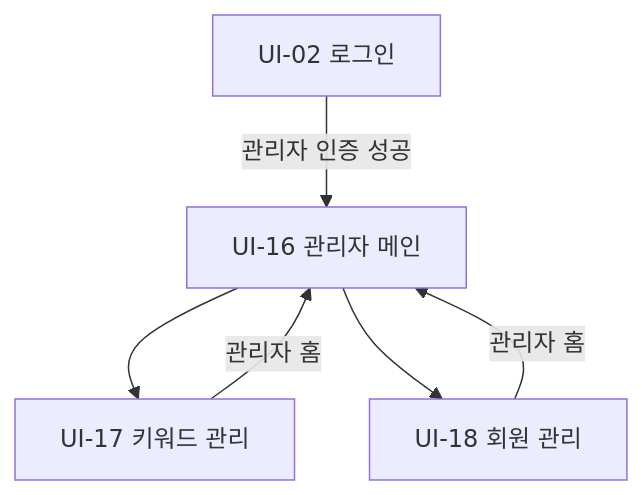
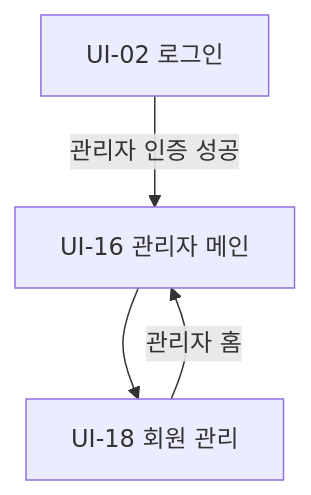
One commit to osg1230/travel_recommendation changed the fourth of 5 diagrams in docs/screens/화면_흐름도.md. Above: the diagram before and after it, drawn with Mermaid. The commit also changed other lines of this file and 15 other files, not shown here.

````diff
--- a/docs/screens/화면_흐름도.md
+++ b/docs/screens/화면_흐름도.md
@@ -72,8 +73,6 @@
 ```mermaid
 flowchart TD
  U02["UI-02 로그인"] -->|관리자 인증 성공| U16["UI-16 관리자 메인"]
- U16 --> U17["UI-17 키워드 관리"]
  U16 --> U18["UI-18 회원 관리"]
- U17 -->|관리자 홈| U16
  U18 -->|관리자 홈| U16
 ```
````
